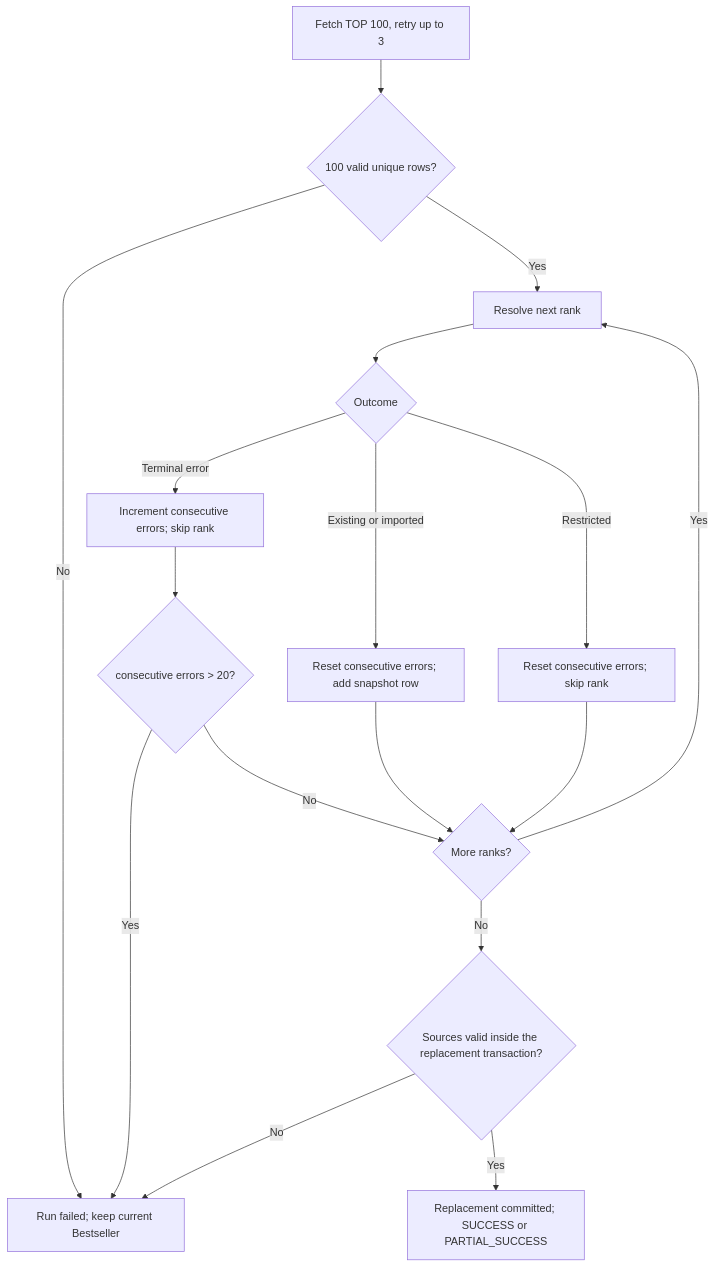
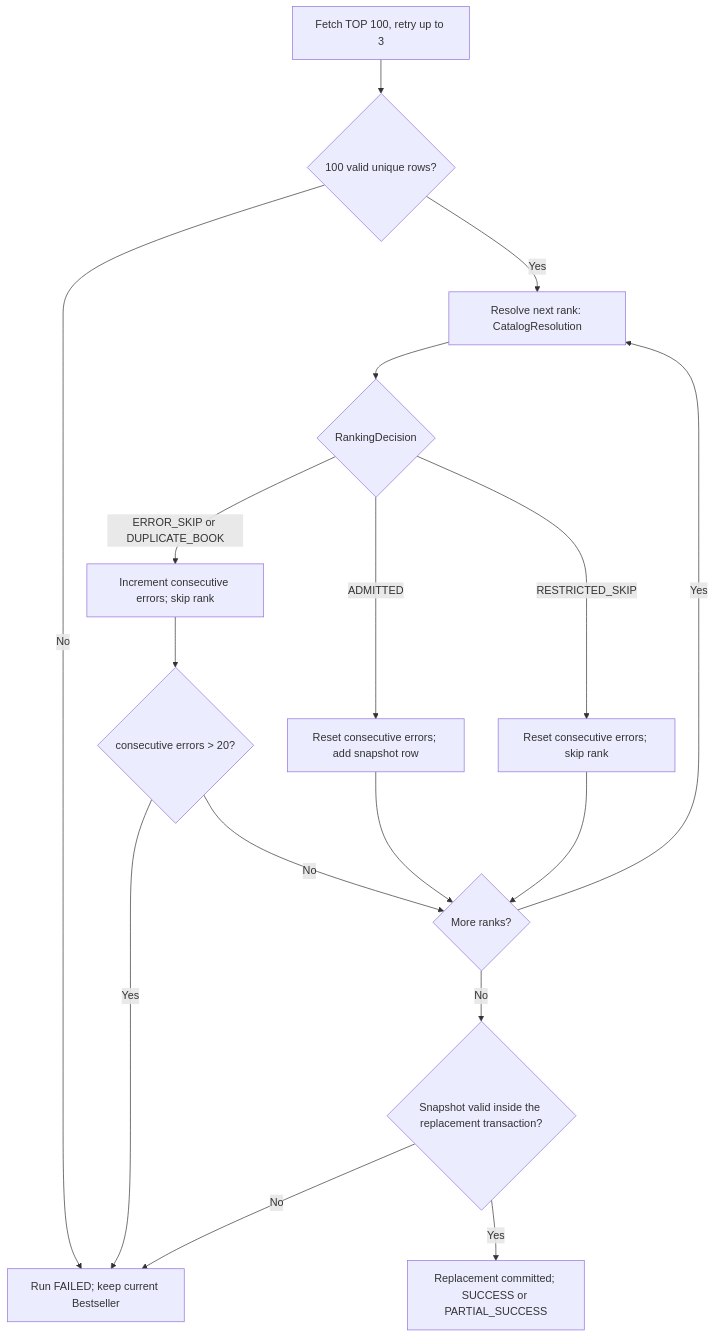
One commit to Arthur801/Book-Finder changed the second of 2 diagrams in Docs/modules/crawler.md. Above: the diagram before and after it, drawn with Mermaid. The commit also changed other lines of this file and 1 other file, not shown here.

First line of the commit message:
docs(spec): rewrite data-model and crawler specs for multi-source catalog (#113)

````diff
--- a/Docs/modules/crawler.md
+++ b/Docs/modules/crawler.md
@@ -39,19 +567,19 @@
 ```mermaid
 flowchart TD
     A[Fetch TOP 100, retry up to 3] --> B{100 valid unique rows?}
-    B -->|No| X[Run failed; keep current Bestseller]
-    B -->|Yes| C[Resolve next rank]
-    C --> D{Outcome}
-    D -->|Existing or imported| E[Reset consecutive errors; add snapshot row]
-    D -->|Restricted| F[Reset consecutive errors; skip rank]
-    D -->|Terminal error| G[Increment consecutive errors; skip rank]
+    B -->|No| X[Run FAILED; keep current Bestseller]
+    B -->|Yes| C[Resolve next rank: CatalogResolution]
+    C --> D{RankingDecision}
+    D -->|ADMITTED| E[Reset consecutive errors; add snapshot row]
+    D -->|RESTRICTED_SKIP| F[Reset consecutive errors; skip rank]
+    D -->|ERROR_SKIP or DUPLICATE_BOOK| G[Increment consecutive errors; skip rank]
     G --> H{consecutive errors > 20?}
     H -->|Yes| X
     H -->|No| I{More ranks?}
     E --> I
     F --> I
     I -->|Yes| C
-    I -->|No| J{Sources valid inside the replacement transaction?}
+    I -->|No| J{Snapshot valid inside the replacement transaction?}
     J -->|No| X
     J -->|Yes| K[Replacement committed; SUCCESS or PARTIAL_SUCCESS]
 ```
````
